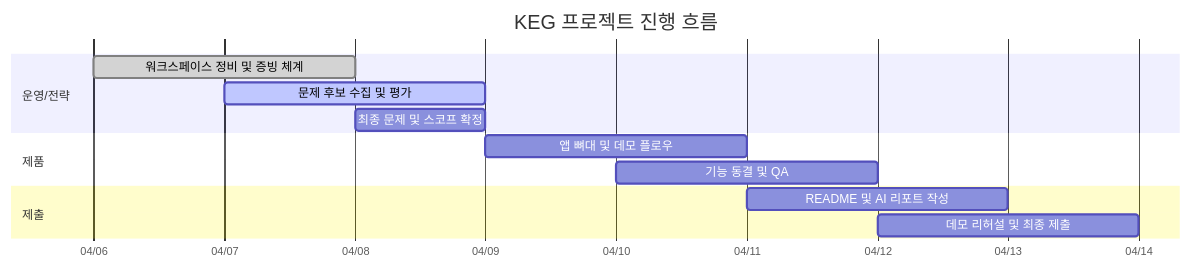
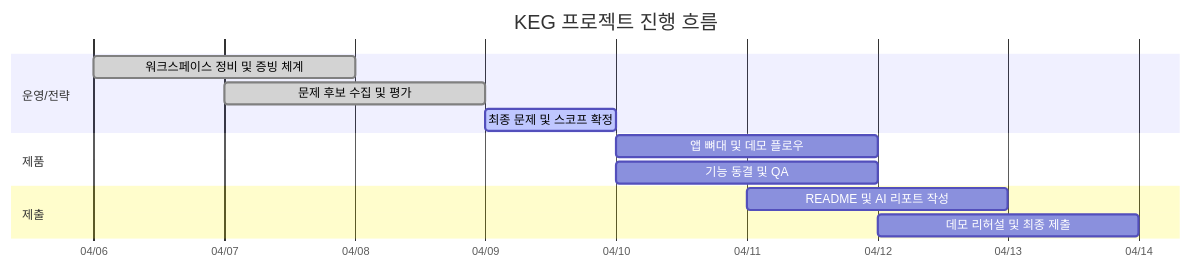
Before and after one commit to River-181/KEG-Mangsanggwedo: the diagram in _system/dashboard/project-dashboard.md, drawn with Mermaid. The commit also changed other lines of this file and 84 other files, not shown here.

````diff
--- a/_system/dashboard/project-dashboard.md
+++ b/_system/dashboard/project-dashboard.md
@@ -25,16 +25,16 @@
 ```mermaid
 gantt
     title KEG 프로젝트 진행 흐름
     dateFormat  YYYY-MM-DD
     axisFormat  %m/%d
     section 운영/전략
     워크스페이스 정비 및 증빙 체계 :done, a1, 2026-04-06, 2d
-    문제 후보 수집 및 평가 :active, a2, 2026-04-07, 2d
-    최종 문제 및 스코프 확정 :a3, 2026-04-08, 1d
+    문제 후보 수집 및 평가 :done, a2, 2026-04-07, 2d
+    최종 문제 및 스코프 확정 :active, a3, 2026-04-09, 1d
     section 제품
-    앱 뼈대 및 데모 플로우 :a4, 2026-04-09, 2d
+    앱 뼈대 및 데모 플로우 :a4, 2026-04-10, 2d
     기능 동결 및 QA :a5, 2026-04-10, 2d
     section 제출
     README 및 AI 리포트 작성 :a6, 2026-04-11, 2d
     데모 리허설 및 최종 제출 :a7, 2026-04-12, 2d
 ```
````
